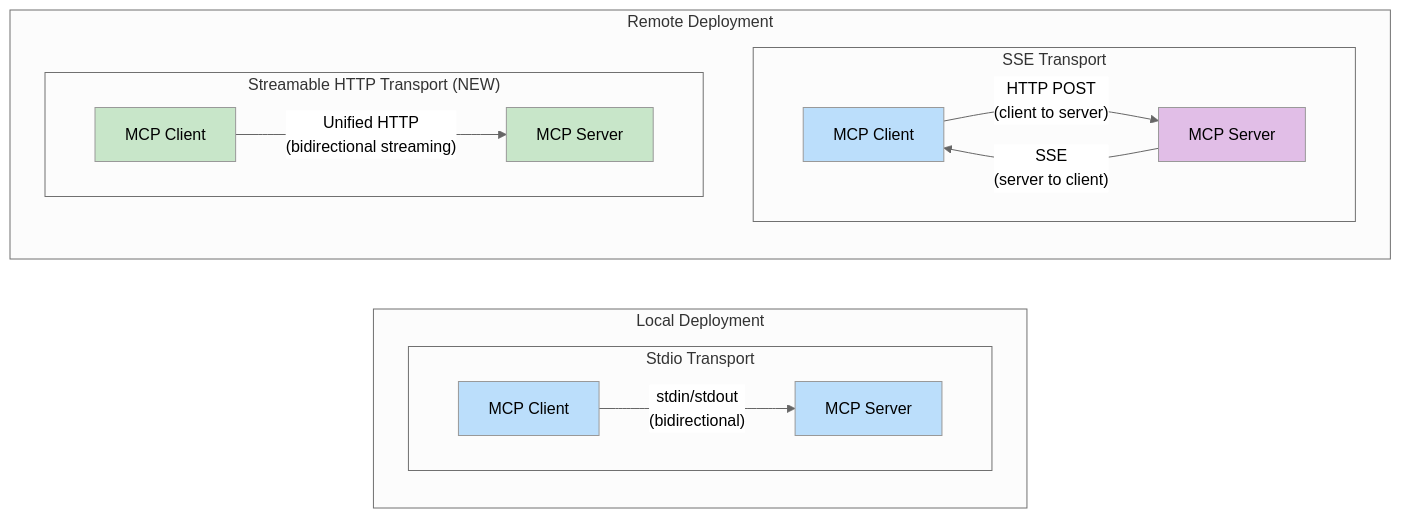
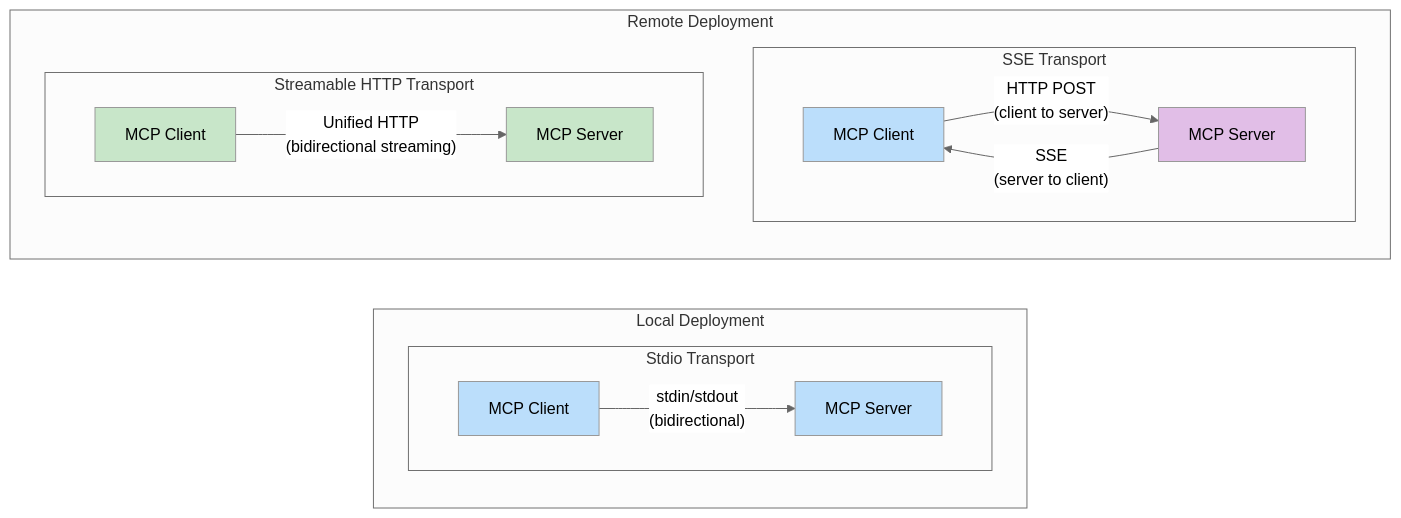
Before and after one commit to yld0/ai-cookbook: the second of 2 diagrams in mcp/crash-course/2-understanding-mcp/README.md, drawn with Mermaid.

Commit message:
Refactor README.md to remove the "NEW" label from the Streamable HTTP Transport subgraph, ensuring consistency in terminology and clarity in documentation.

````diff
--- a/mcp/crash-course/2-understanding-mcp/README.md
+++ b/mcp/crash-course/2-understanding-mcp/README.md
@@ -77,38 +77,38 @@
 ```mermaid
 ---
 config:
   theme: neutral
   look: classic
   layout: dagre
 ---
 flowchart LR
  subgraph Stdio["Stdio Transport"]
         Client1["MCP Client"]
         Server1["MCP Server"]
   end
  subgraph SSE["SSE Transport"]
         Client2["MCP Client"]
         Server2["MCP Server"]
   end
- subgraph StreamableHTTP["Streamable HTTP Transport (NEW)"]
+ subgraph StreamableHTTP["Streamable HTTP Transport"]
         Client3["MCP Client"]
         Server3["MCP Server"]
   end
  subgraph Local["Local Deployment"]
         Stdio
   end
  subgraph Remote["Remote Deployment"]
         SSE
         StreamableHTTP
   end
     Client1 -- stdin/stdout<br>(bidirectional) --> Server1
     Client2 -- HTTP POST<br>(client to server) --> Server2
     Server2 -- SSE<br>(server to client) --> Client2
     Client3 -- Unified HTTP<br>(bidirectional streaming) --> Server3
     style Client1 fill:#BBDEFB
     style Server1 fill:#BBDEFB
     style Client2 fill:#BBDEFB
     style Server2 fill:#E1BEE7
     style Client3 fill:#C8E6C9
     style Server3 fill:#C8E6C9
 ```
````
